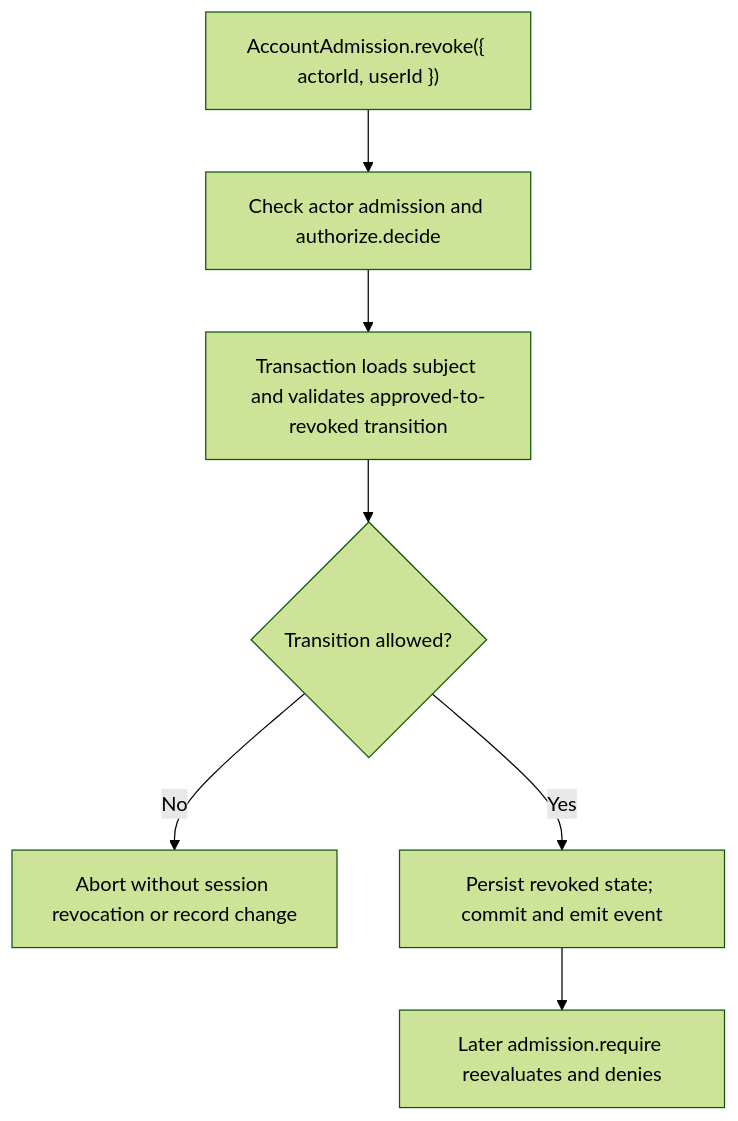
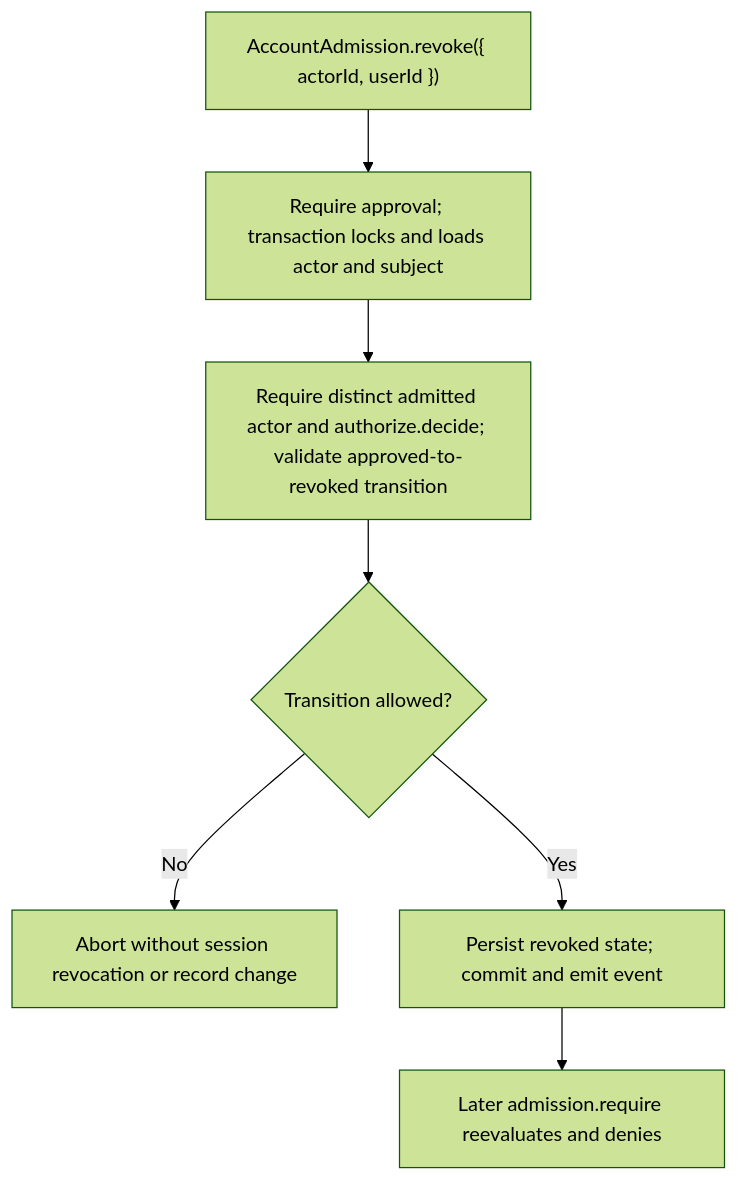
One commit to Kevinjohn/oss-adonisjs-account-kit changed the second of 2 diagrams in user-stories/US-ACCOUNT-27-revoke-admission.md. Above: the diagram before and after it, drawn with Mermaid (forest theme). The commit also changed 43 other files, not shown here.

````diff
--- a/user-stories/US-ACCOUNT-27-revoke-admission.md
+++ b/user-stories/US-ACCOUNT-27-revoke-admission.md
@@ -31,9 +31,9 @@
 ```mermaid
 flowchart TD
- A["AccountAdmission.revoke({ actorId, userId })"] --> B["Check actor admission and authorize.decide"]
- B --> C["Transaction loads subject and validates approved-to-revoked transition"]
+ A["AccountAdmission.revoke({ actorId, userId })"] --> B["Require approval; transaction locks and loads actor and subject"]
+ B --> C["Require distinct admitted actor and authorize.decide; validate approved-to-revoked transition"]
  C --> D{"Transition allowed?"}
  D -->|No| E["Abort without session revocation or record change"]
  D -->|Yes| F["Persist revoked state; commit and emit event"]
  F --> G["Later admission.require reevaluates and denies"]
 ```
````
